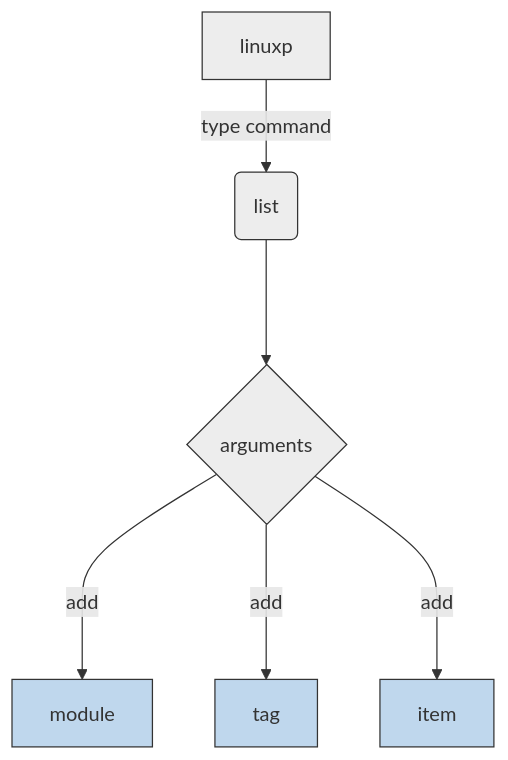
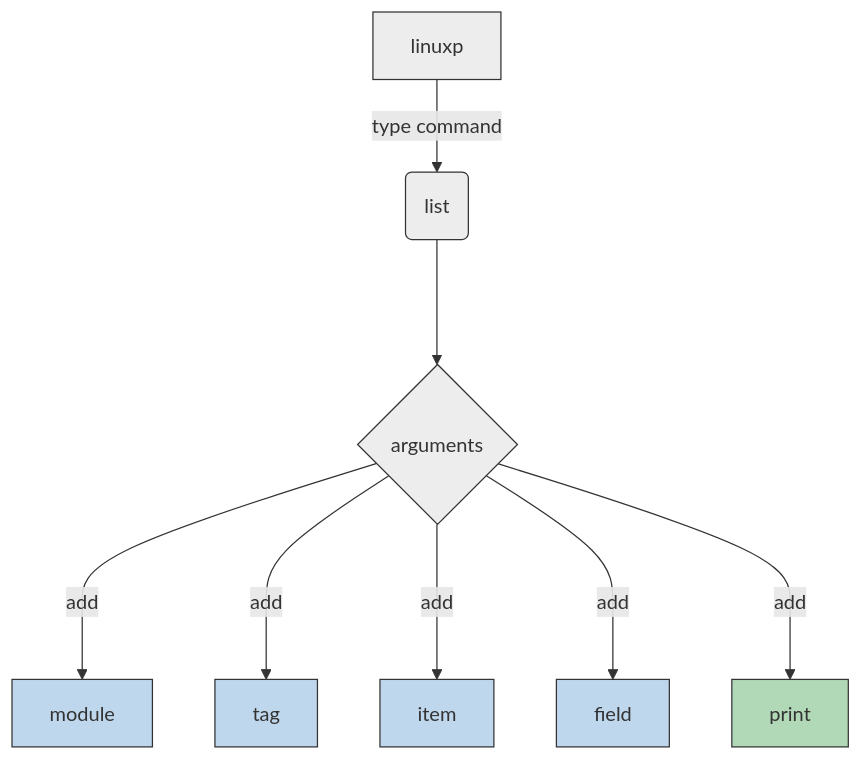
The diagram in docs/nav/commands/list/index.md (linux-profile/linux-profile), drawn with Mermaid before and after one commit. The commit also changed other lines of this file and 5 other files, not shown here.

````diff
--- a/docs/nav/commands/list/index.md
+++ b/docs/nav/commands/list/index.md
@@ -30,16 +32,20 @@
 ``` mermaid
 graph TD
     L[linuxp] -->|type command| l(list)
     l ---> option_l{arguments}
     option_l --->|add| arg_l_module[module]
     option_l --->|add| arg_l_tag[tag]
     option_l --->|add| arg_l_item[item]
+    option_l --->|add| arg_l_field[field]
+    option_l --->|add| arg_l_print[print]
 
     style arg_l_module fill:#BFD7ED,stroke:#333
     style arg_l_tag fill:#BFD7ED,stroke:#333
     style arg_l_item fill:#BFD7ED,stroke:#333
+    style arg_l_field fill:#BFD7ED,stroke:#333
+    style arg_l_print fill:#B1D8B7,stroke:#333
 
     style L fill:#ededed,stroke:#333
     style l fill:#ededed,stroke:#333
     style option_l fill:#ededed,stroke:#333
 ```
````
